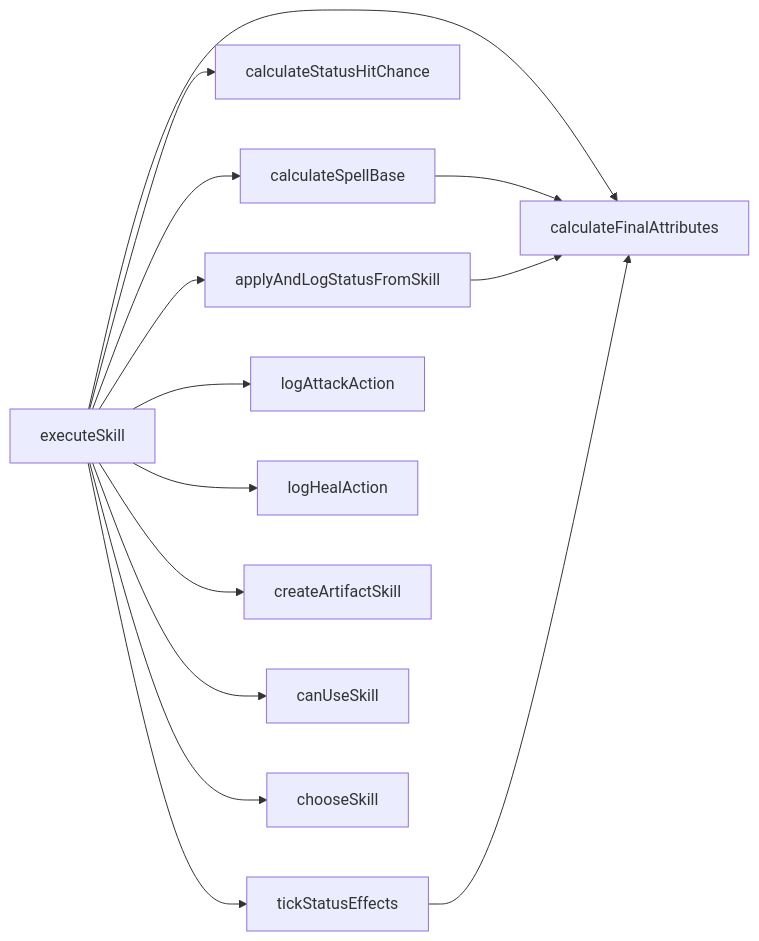
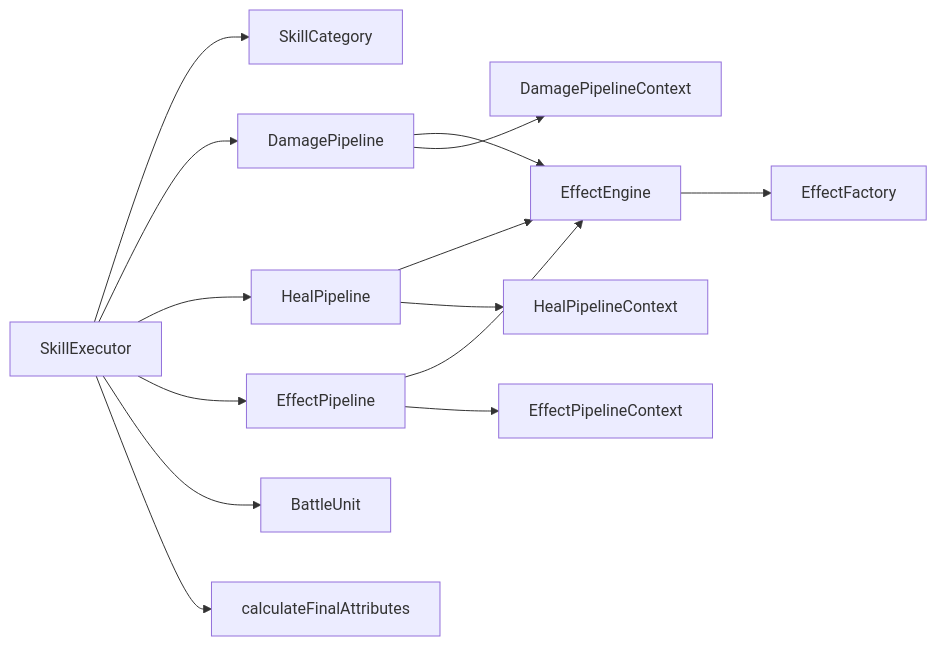
Before and after one commit to ChurchTao/Daoyou: the sixth of 6 diagrams in .qoder/repowiki/zh/content/核心功能模块/战斗系统/战斗流程/回合执行/技能执行逻辑.md, drawn with Mermaid. The commit also changed other lines of this file and 5 other files, not shown here.

````diff
--- a/.qoder/repowiki/zh/content/核心功能模块/战斗系统/战斗流程/回合执行/技能执行逻辑.md
+++ b/.qoder/repowiki/zh/content/核心功能模块/战斗系统/战斗流程/回合执行/技能执行逻辑.md
@@ -276,16 +393,16 @@
 ```mermaid
 graph LR
-ES["executeSkill"] --> CFB["calculateSpellBase"]
-ES --> CSHC["calculateStatusHitChance"]
-ES --> ASLS["applyAndLogStatusFromSkill"]
-ES --> TSE["tickStatusEffects"]
-ES --> LA["logAttackAction"]
-ES --> LH["logHealAction"]
-ES --> CAS["createArtifactSkill"]
-ES --> CUS["canUseSkill"]
-ES --> CSK["chooseSkill"]
-ES --> CFA["calculateFinalAttributes"]
-CFB --> CFA
-ASLS --> CFA
-TSE --> CFA
+SE["SkillExecutor"] --> SC["SkillCategory"]
+SE --> DP["DamagePipeline"]
+SE --> HP["HealPipeline"]
+SE --> EP["EffectPipeline"]
+DP --> EE["EffectEngine"]
+HP --> EE
+EP --> EE
+EE --> EF["EffectFactory"]
+SE --> BU["BattleUnit"]
+SE --> CFA["calculateFinalAttributes"]
+DP --> DPC["DamagePipelineContext"]
+HP --> HPC["HealPipelineContext"]
+EP --> EPC["EffectPipelineContext"]
 ```
````
